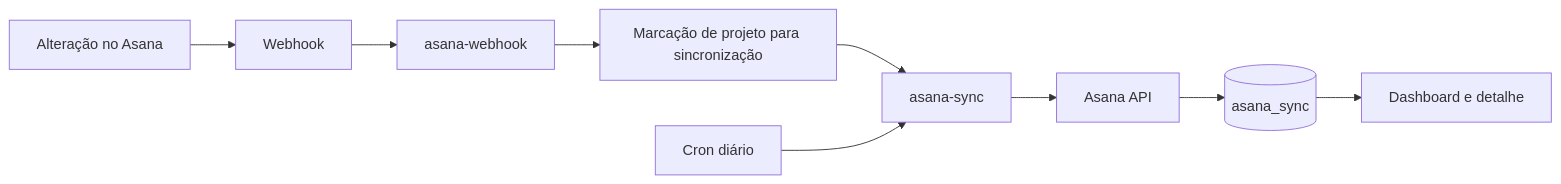
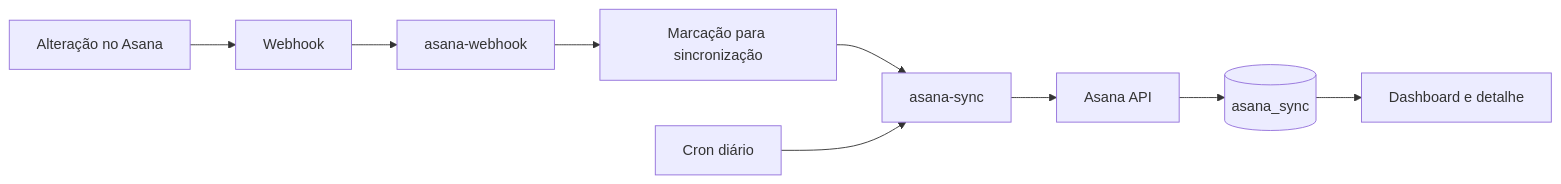
Before and after one commit to phablo-tavares/documentacao_portal_inovacao: the seventh of 7 diagrams in design-tecnico-portal-inovacao.md, drawn with Mermaid. The commit also changed other lines of this file and 1 other file, not shown here.

````diff
--- a/design-tecnico-portal-inovacao.md
+++ b/design-tecnico-portal-inovacao.md
@@ -287,11 +394,11 @@
 ```mermaid
 flowchart LR
   Mudanca[Alteração no Asana] --> WH[Webhook]
   WH --> EF[asana-webhook]
-  EF --> Queue[Marcação de projeto para sincronização]
+  EF --> Queue[Marcação para sincronização]
   Queue --> Sync[asana-sync]
   Sync --> API[Asana API]
   API --> Cache[(asana_sync)]
   Cron[Cron diário] --> Sync
   Cache --> Portal[Dashboard e detalhe]
 ```
````
